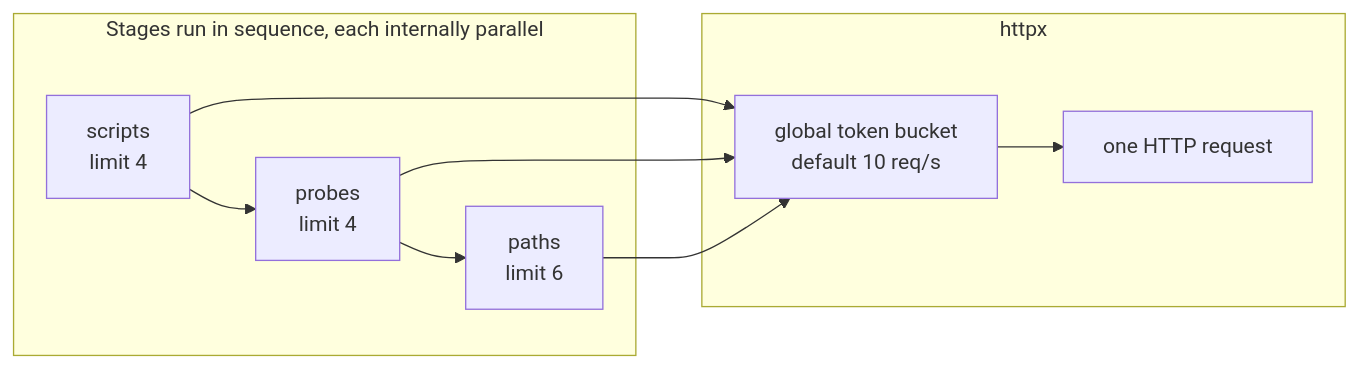
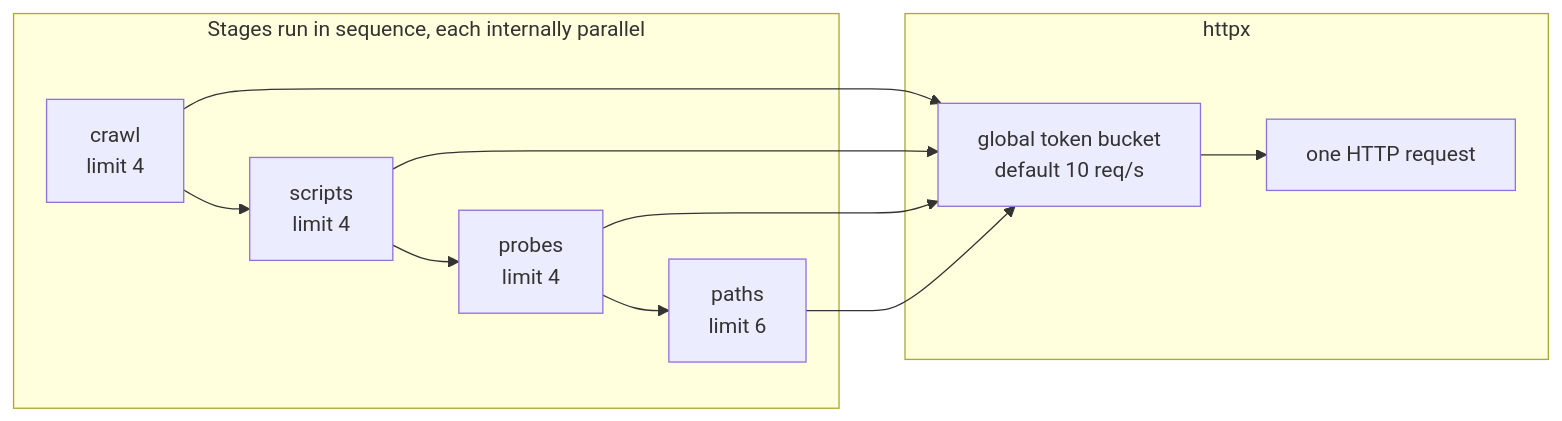
Before and after one commit to soliofski/SoliTools: the fourth of 7 diagrams in HANDOVER.md, drawn with Mermaid. The commit also changed other lines of this file and 9 other files, not shown here.

````diff
--- a/HANDOVER.md
+++ b/HANDOVER.md
@@ -335,17 +346,20 @@
 ```mermaid
 flowchart LR
     subgraph stages["Stages run in sequence, each internally parallel"]
         A["scripts<br/>limit 4"]
         B["probes<br/>limit 4"]
         C["paths<br/>limit 6"]
+        D["crawl<br/>limit 4"]
     end
+    D --> A
     A --> B
     B --> C
+    D --> L
     A --> L
     B --> L
     C --> L
     subgraph gate["httpx"]
         L["global token bucket<br/>default 10 req/s"]
         L --> REQ["one HTTP request"]
     end
 ```
````
